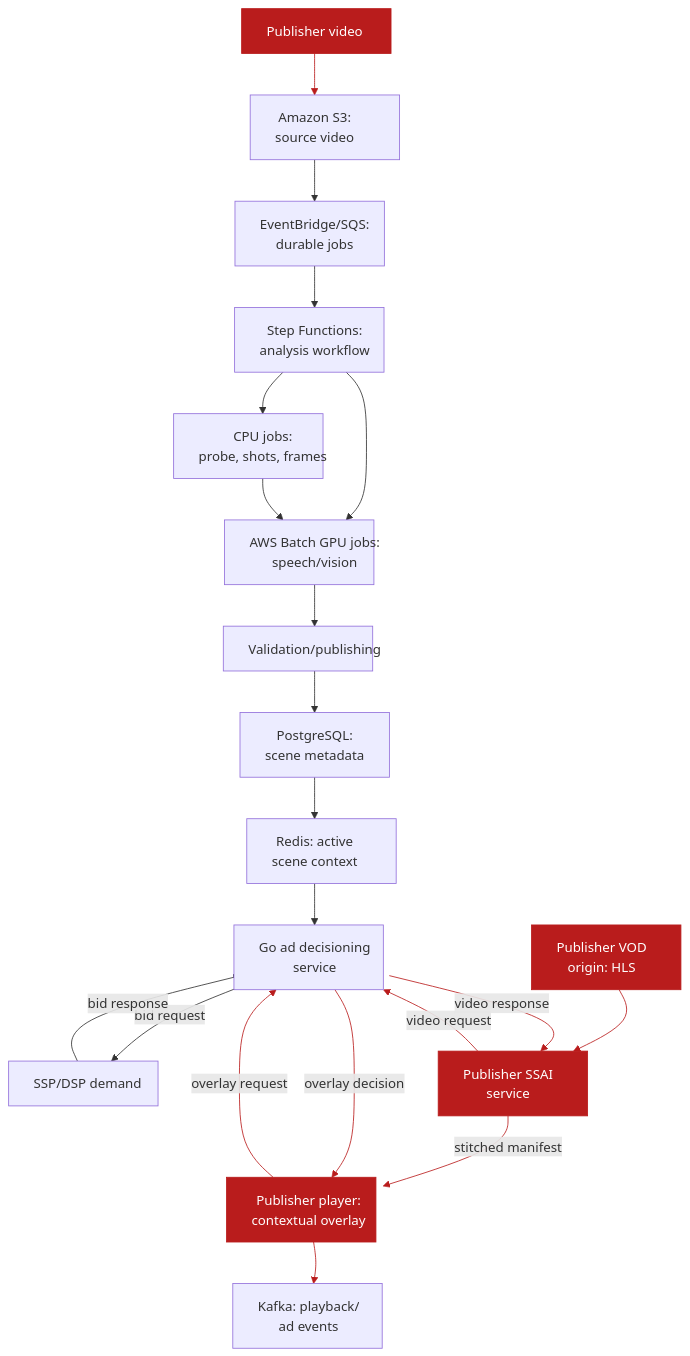
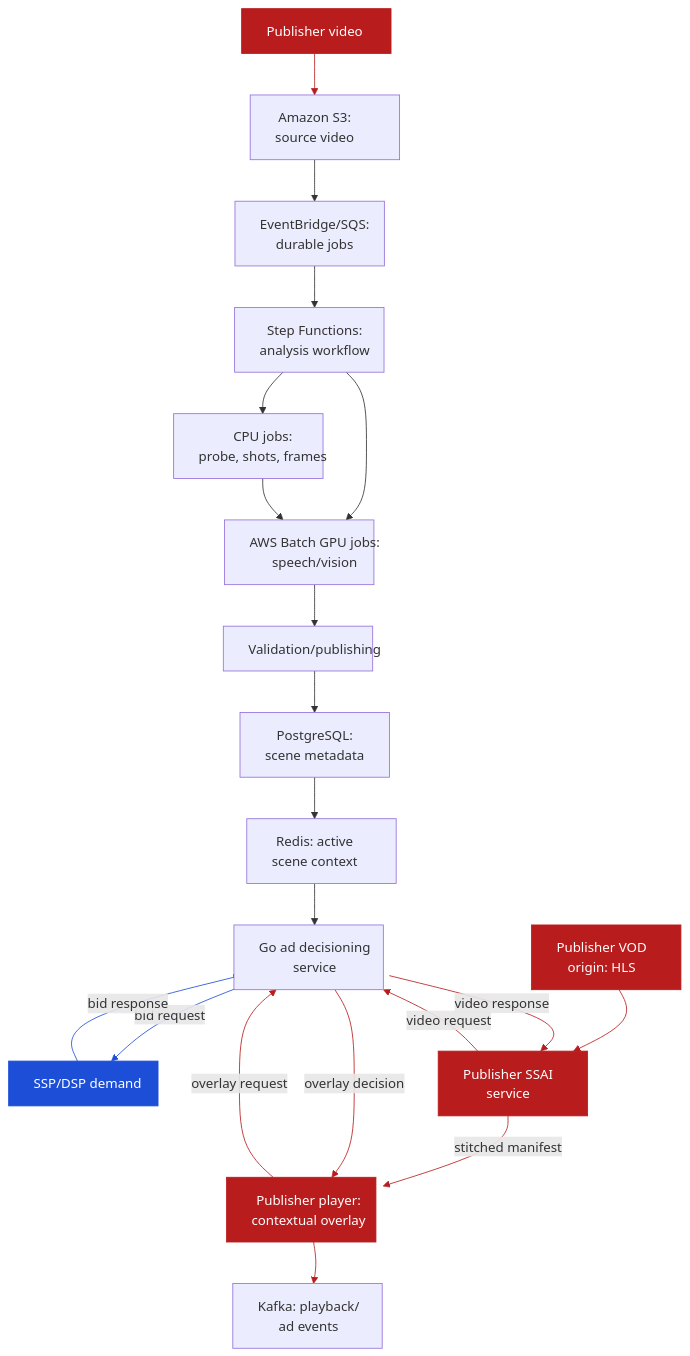
One commit to rayning0/scenebid changed the second of 3 diagrams in README.md. Above: the diagram before and after it, drawn with Mermaid. The commit also changed other lines of this file and 3 other files, not shown here.

````diff
--- a/README.md
+++ b/README.md
@@ -410,34 +411,37 @@
 ```mermaid
 %%{init: {"flowchart": {"wrappingWidth": 180}}}%%
 flowchart TD
     classDef wide width:180px;
     P["Publisher video"] --> S["Amazon S3:<br/>source video"]
     S --> Q["EventBridge/SQS:<br/>durable jobs"]
     Q --> W["Step Functions:<br/>analysis workflow"]
     W --> CPU["CPU jobs:<br/>probe, shots, frames"]
     W --> G["AWS Batch GPU jobs:<br/>speech/vision"]
     CPU --> G
     G --> V["Validation/publishing"]
     V --> D["PostgreSQL:<br/>scene metadata"]
     D --> R["Redis: active<br/>scene context"]
     R --> A["Go ad decisioning<br/>service"]
     A -->|bid request| B["SSP/DSP demand"]
     B -->|bid response| A
 
     ORIGIN["Publisher VOD<br/>origin: HLS"] --> SSAI["Publisher SSAI<br/>service"]
     SSAI -->|video request| A
     A -->|video response| SSAI
     SSAI -->|stitched manifest| PLAYER["Publisher player:<br/>contextual overlay"]
     PLAYER -->|overlay request| A
     A -->|overlay decision| PLAYER
     PLAYER --> E["Kafka: playback/<br/>ad events"]
 
     %% Layout: keep player/Kafka events in middle and publisher VOD origin/SSAI on right.
     ORIGIN ~~~ SSAI
     PLAYER ~~~ E
 
     class P,S,Q,W,CPU,G,V,D,R,A,B,ORIGIN,SSAI,PLAYER,E wide
     classDef publisher fill:#b91c1c,stroke:#b91c1c,color:#fff;
     class P,ORIGIN,SSAI,PLAYER publisher
     linkStyle 0,12,13,14,15,16,17,18 stroke:#b91c1c
+    classDef demand fill:#1d4ed8,stroke:#1d4ed8,color:#fff;
+    class B demand
+    linkStyle 10,11 stroke:#1d4ed8
 ```
````
